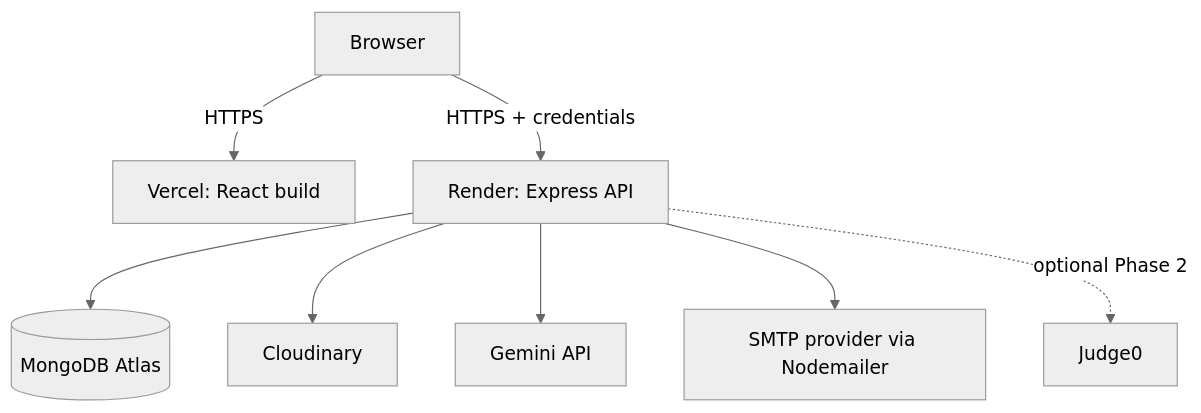
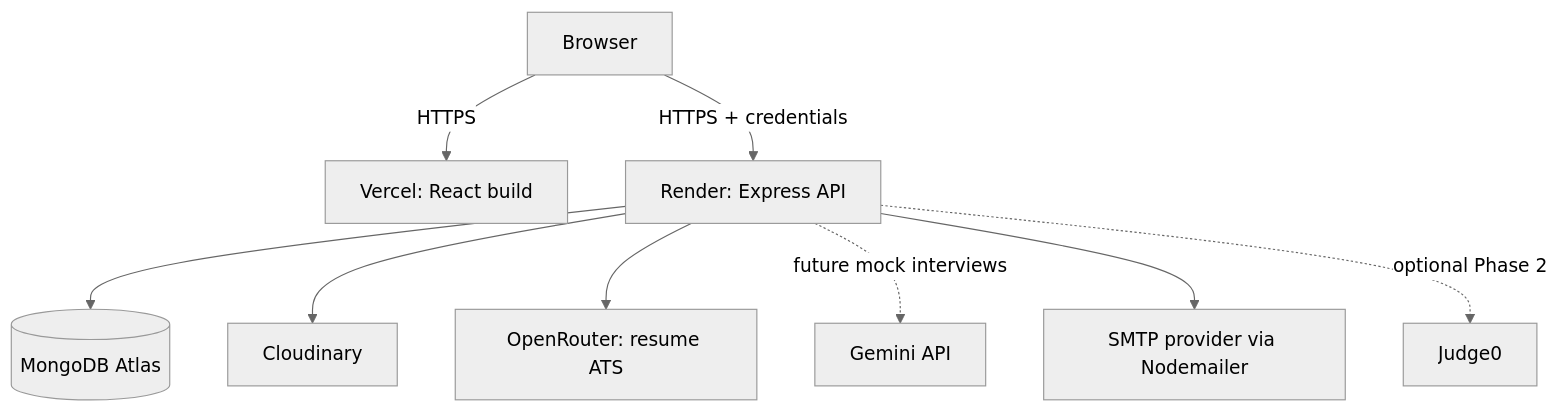
One commit to rohan-kendre/AI-driven-recruitment-system changed the sixth of 6 diagrams in docs/architecture.md. Above: the diagram before and after it, drawn with Mermaid (neutral theme). The commit also changed other lines of this file and 40 other files, not shown here.

````diff
--- a/docs/architecture.md
+++ b/docs/architecture.md
@@ -354,10 +354,11 @@
 ```mermaid
 flowchart TB
   B[Browser] -->|HTTPS| V[Vercel: React build]
   B -->|HTTPS + credentials| R[Render: Express API]
   R --> MA[(MongoDB Atlas)]
   R --> CO[Cloudinary]
-  R --> GE[Gemini API]
+  R --> OR[OpenRouter: resume ATS]
+  R -. future mock interviews .-> GE[Gemini API]
   R --> SM[SMTP provider via Nodemailer]
   R -. optional Phase 2 .-> JO[Judge0]
 ```
````
